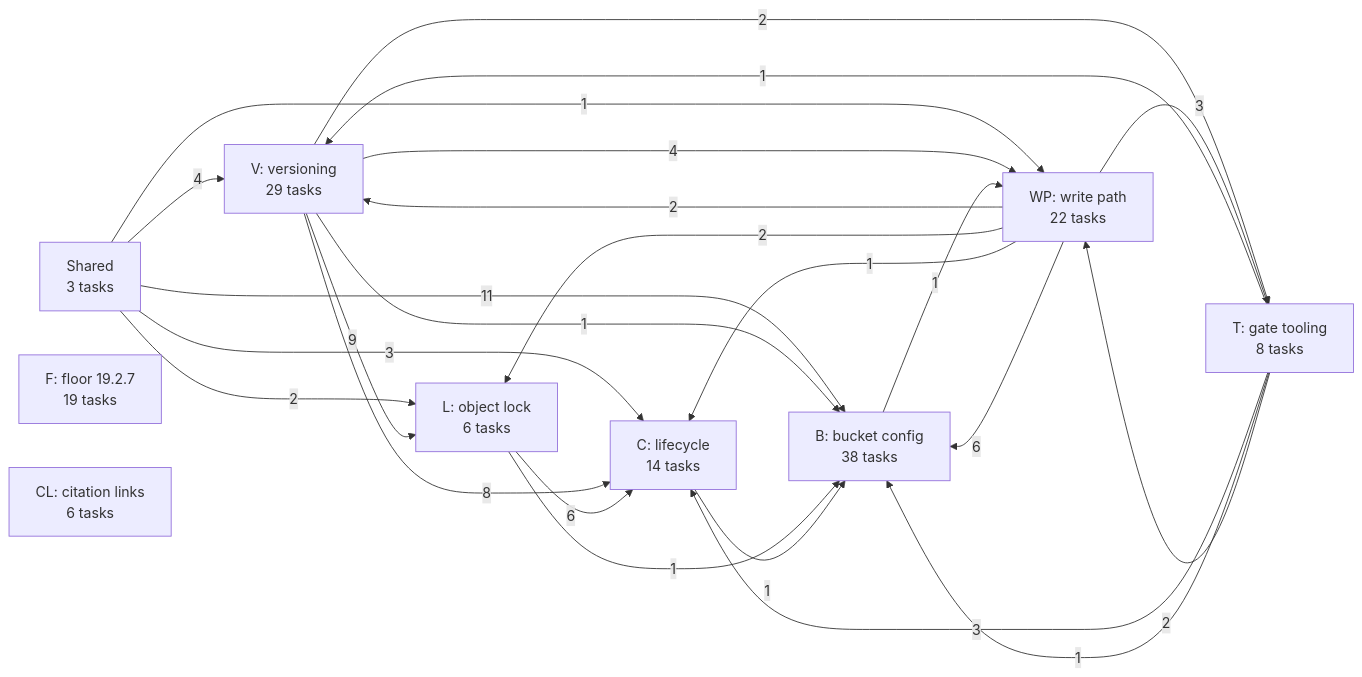
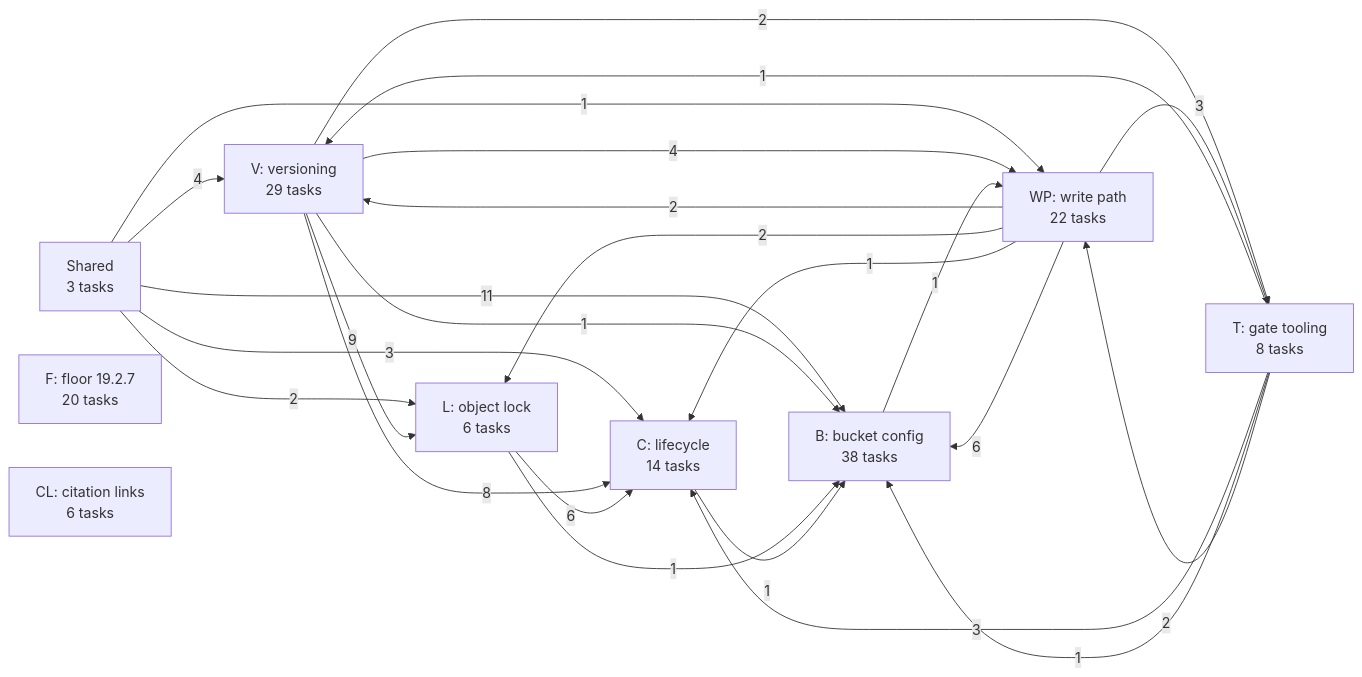
Before and after one commit to jhoblitt/rgw-go: the first of 10 diagrams in docs/superpowers/plans/2026-10-13-phase-2/dependencies.md, drawn with Mermaid. The commit also changed other lines of this file, not shown here.

Commit message:
docs(plan): regenerate the dependency graph for F20

````diff
--- a/docs/superpowers/plans/2026-10-13-phase-2/dependencies.md
+++ b/docs/superpowers/plans/2026-10-13-phase-2/dependencies.md
@@ -13,35 +13,35 @@
 ```mermaid
 flowchart LR
   u_S["Shared<br/>3 tasks"]
-  u_F["F: floor 19.2.7<br/>19 tasks"]
+  u_F["F: floor 19.2.7<br/>20 tasks"]
   u_V["V: versioning<br/>29 tasks"]
   u_L["L: object lock<br/>6 tasks"]
   u_C["C: lifecycle<br/>14 tasks"]
   u_B["B: bucket config<br/>38 tasks"]
   u_WP["WP: write path<br/>22 tasks"]
   u_T["T: gate tooling<br/>8 tasks"]
   u_CL["CL: citation links<br/>6 tasks"]
   u_S -->|4| u_V
   u_S -->|2| u_L
   u_S -->|3| u_C
   u_S -->|11| u_B
   u_S -->|1| u_WP
   u_V -->|9| u_L
   u_V -->|8| u_C
   u_V -->|1| u_B
   u_V -->|4| u_WP
   u_V -->|2| u_T
   u_L -->|6| u_C
   u_L -->|1| u_B
   u_C -->|1| u_B
   u_B -->|1| u_WP
   u_WP -->|2| u_V
   u_WP -->|2| u_L
   u_WP -->|1| u_C
   u_WP -->|6| u_B
   u_WP -->|3| u_T
   u_T -->|1| u_V
   u_T -->|3| u_C
   u_T -->|1| u_B
   u_T -->|2| u_WP
 ```
````
